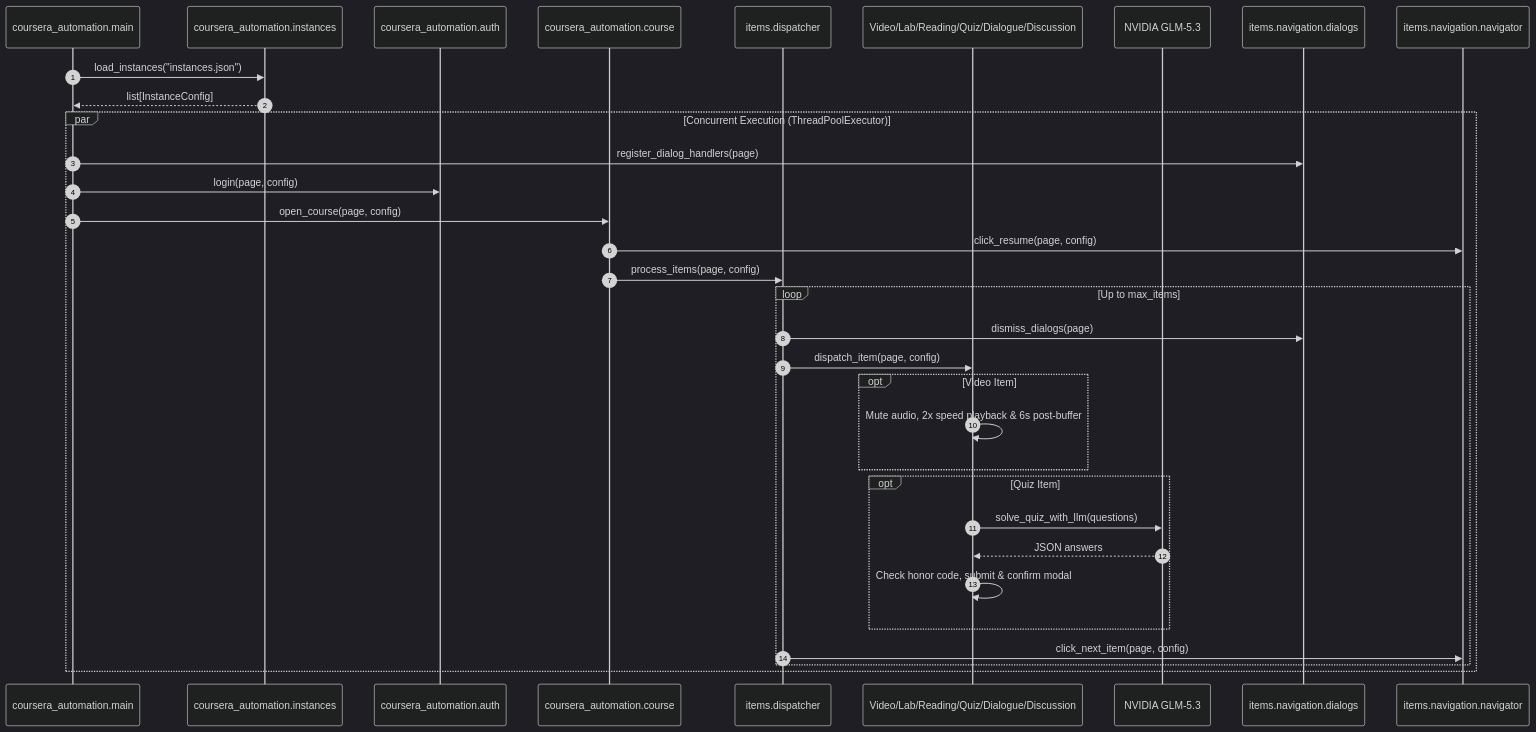
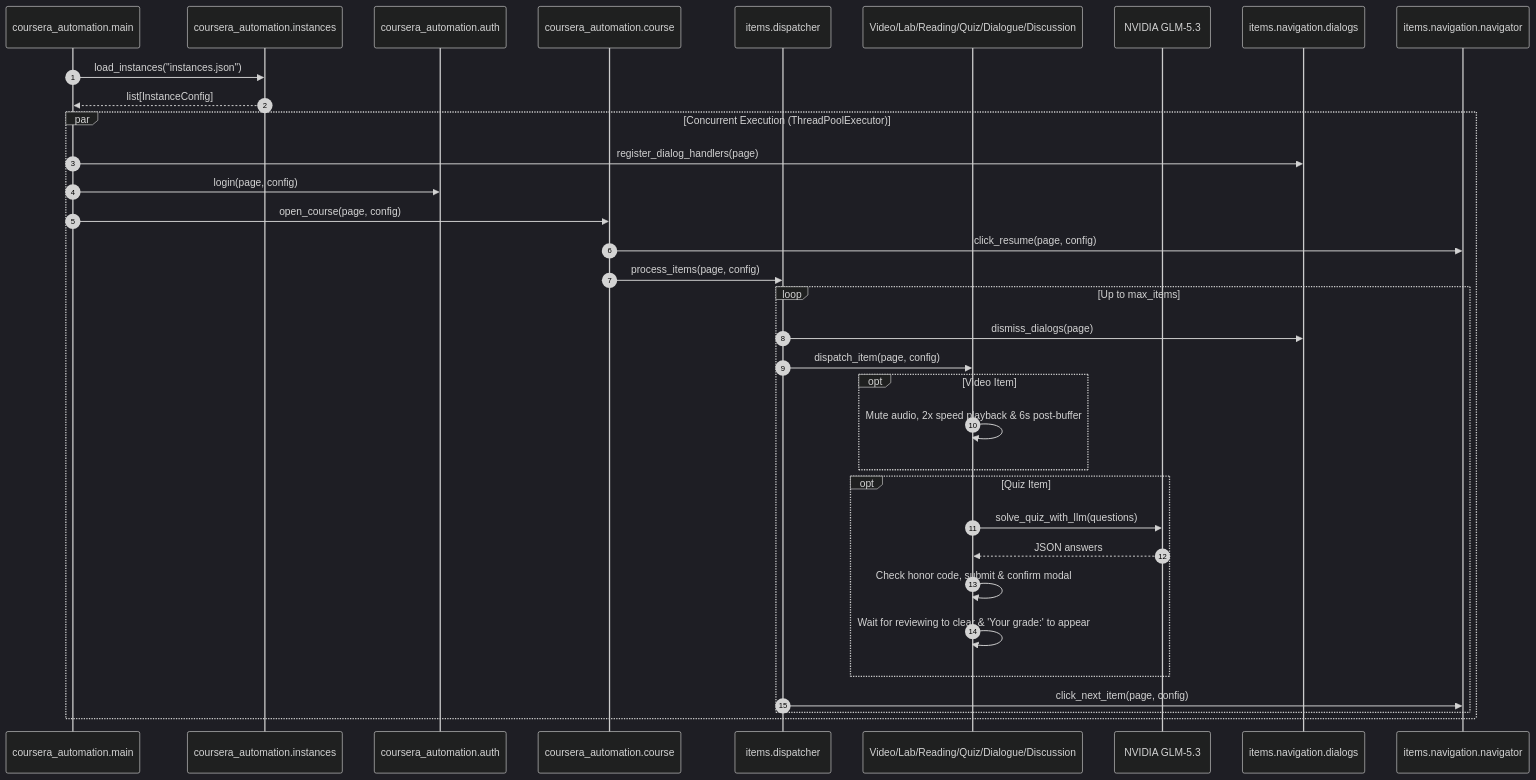
Before and after one commit to dheereshag/coursera: the diagram in docs/ARCHITECTURE.md, drawn with Mermaid (dark theme). The commit also changed other lines of this file and 9 other files, not shown here.

````diff
--- a/docs/ARCHITECTURE.md
+++ b/docs/ARCHITECTURE.md
@@ -7,37 +7,38 @@
 ```mermaid
 sequenceDiagram
     autonumber
     participant Main as coursera_automation.main
     participant Inst as coursera_automation.instances
     participant Auth as coursera_automation.auth
     participant Course as coursera_automation.course
     participant Disp as items.dispatcher
     participant Item as Video/Lab/Reading/Quiz/Dialogue/Discussion
     participant LLM as NVIDIA GLM-5.3
     participant Dial as items.navigation.dialogs
     participant Nav as items.navigation.navigator
 
     Main->>Inst: load_instances("instances.json")
     Inst-->>Main: list[InstanceConfig]
     par Concurrent Execution (ThreadPoolExecutor)
         Main->>Dial: register_dialog_handlers(page)
         Main->>Auth: login(page, config)
         Main->>Course: open_course(page, config)
         Course->>Nav: click_resume(page, config)
         Course->>Disp: process_items(page, config)
         loop Up to max_items
             Disp->>Dial: dismiss_dialogs(page)
             Disp->>Item: dispatch_item(page, config)
             opt Video Item
                 Item->>Item: Mute audio, 2x speed playback & 6s post-buffer
             end
             opt Quiz Item
                 Item->>LLM: solve_quiz_with_llm(questions)
                 LLM-->>Item: JSON answers
                 Item->>Item: Check honor code, submit & confirm modal
+                Item->>Item: Wait for reviewing to clear & 'Your grade:' to appear
             end
 
             Disp->>Nav: click_next_item(page, config)
         end
     end
 ```
````
